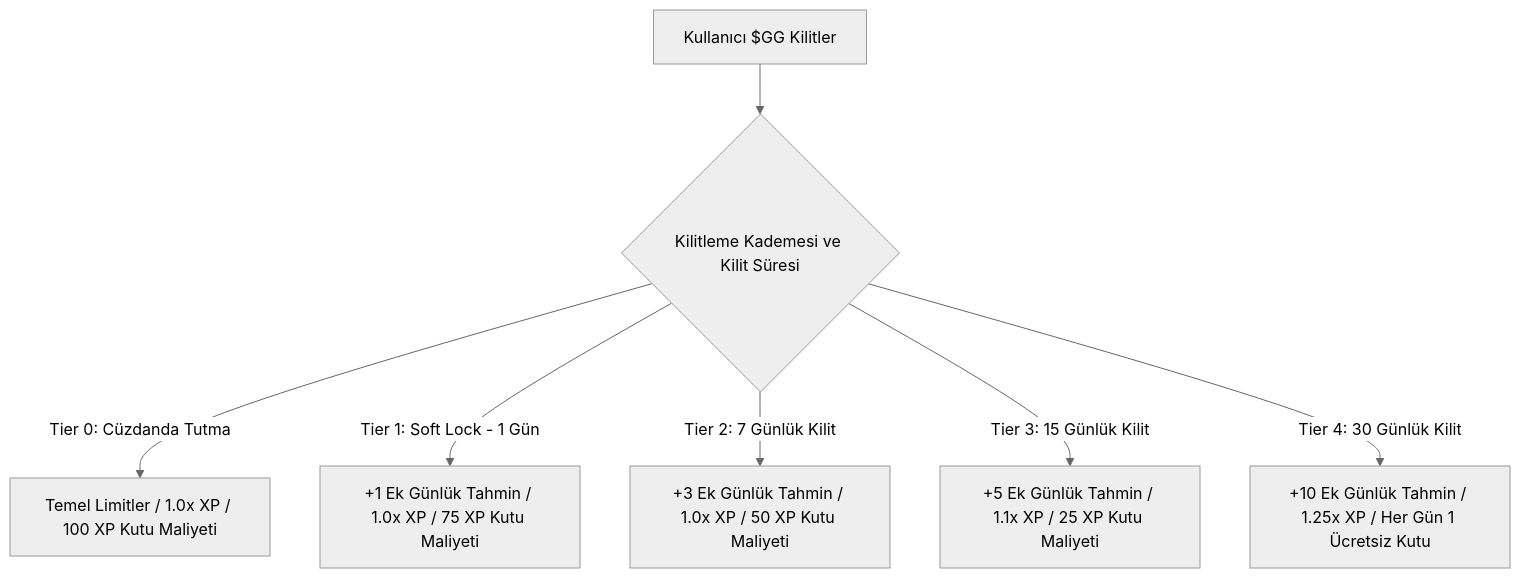
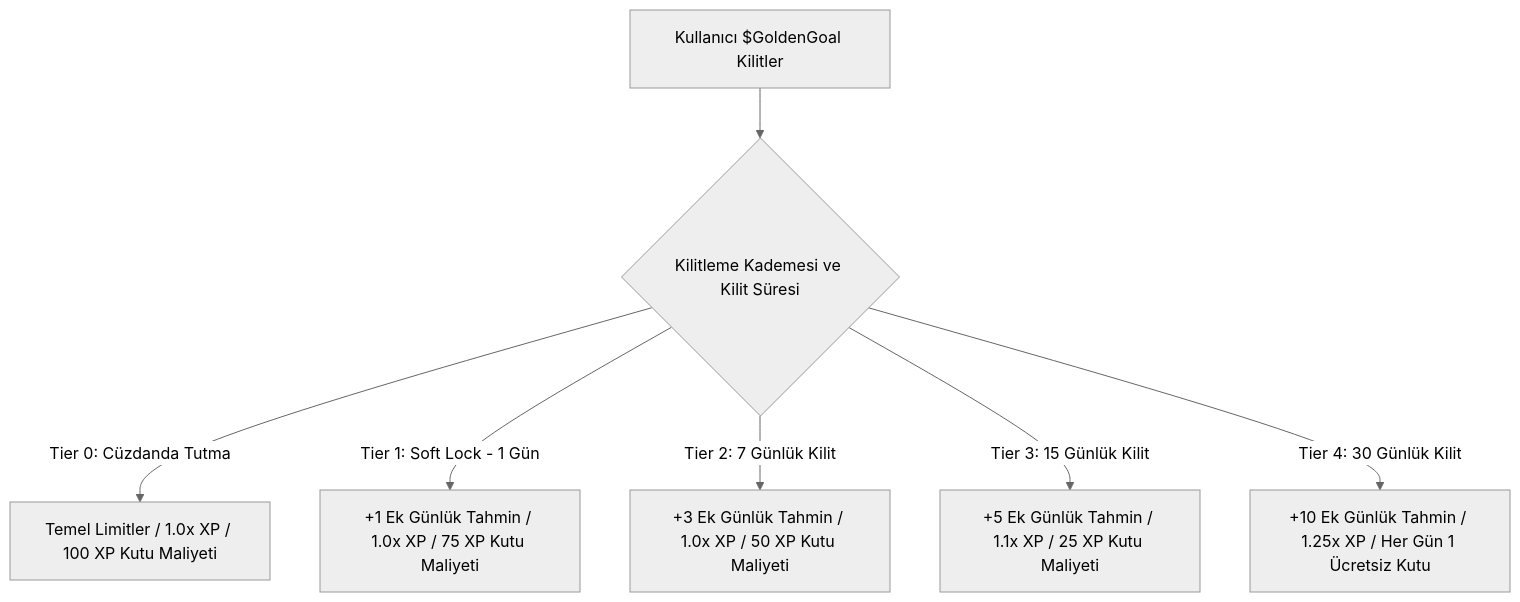
Before and after one commit to goalgolden2026-hub/Golden-Goal: the diagram in WHITEPAPER.md, drawn with Mermaid (neutral theme). The commit also changed other lines of this file and 4 other files, not shown here.

````diff
--- a/WHITEPAPER.md
+++ b/WHITEPAPER.md
@@ -84,9 +84,9 @@
 ```mermaid
 graph TD
-    A[Kullanıcı $GG Kilitler] --> B{Kilitleme Kademesi ve Kilit Süresi}
+    A[Kullanıcı $GoldenGoal Kilitler] --> B{Kilitleme Kademesi ve Kilit Süresi}
     B -->|Tier 0: Cüzdanda Tutma| C[Temel Limitler / 1.0x XP / 100 XP Kutu Maliyeti]
     B -->|Tier 1: Soft Lock - 1 Gün| D[+1 Ek Günlük Tahmin / 1.0x XP / 75 XP Kutu Maliyeti]
     B -->|Tier 2: 7 Günlük Kilit| E[+3 Ek Günlük Tahmin / 1.0x XP / 50 XP Kutu Maliyeti]
     B -->|Tier 3: 15 Günlük Kilit| F[+5 Ek Günlük Tahmin / 1.1x XP / 25 XP Kutu Maliyeti]
     B -->|Tier 4: 30 Günlük Kilit| G[+10 Ek Günlük Tahmin / 1.25x XP / Her Gün 1 Ücretsiz Kutu]
 ```
````
